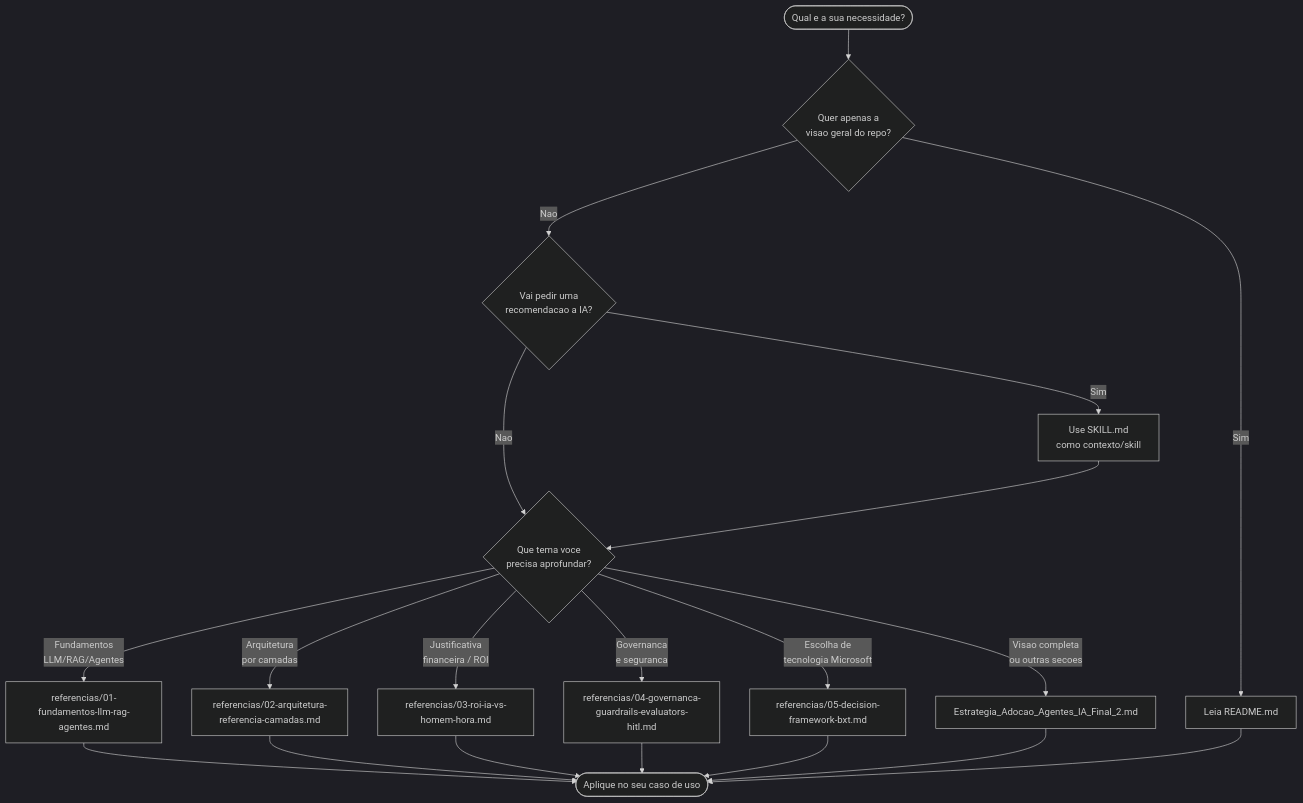
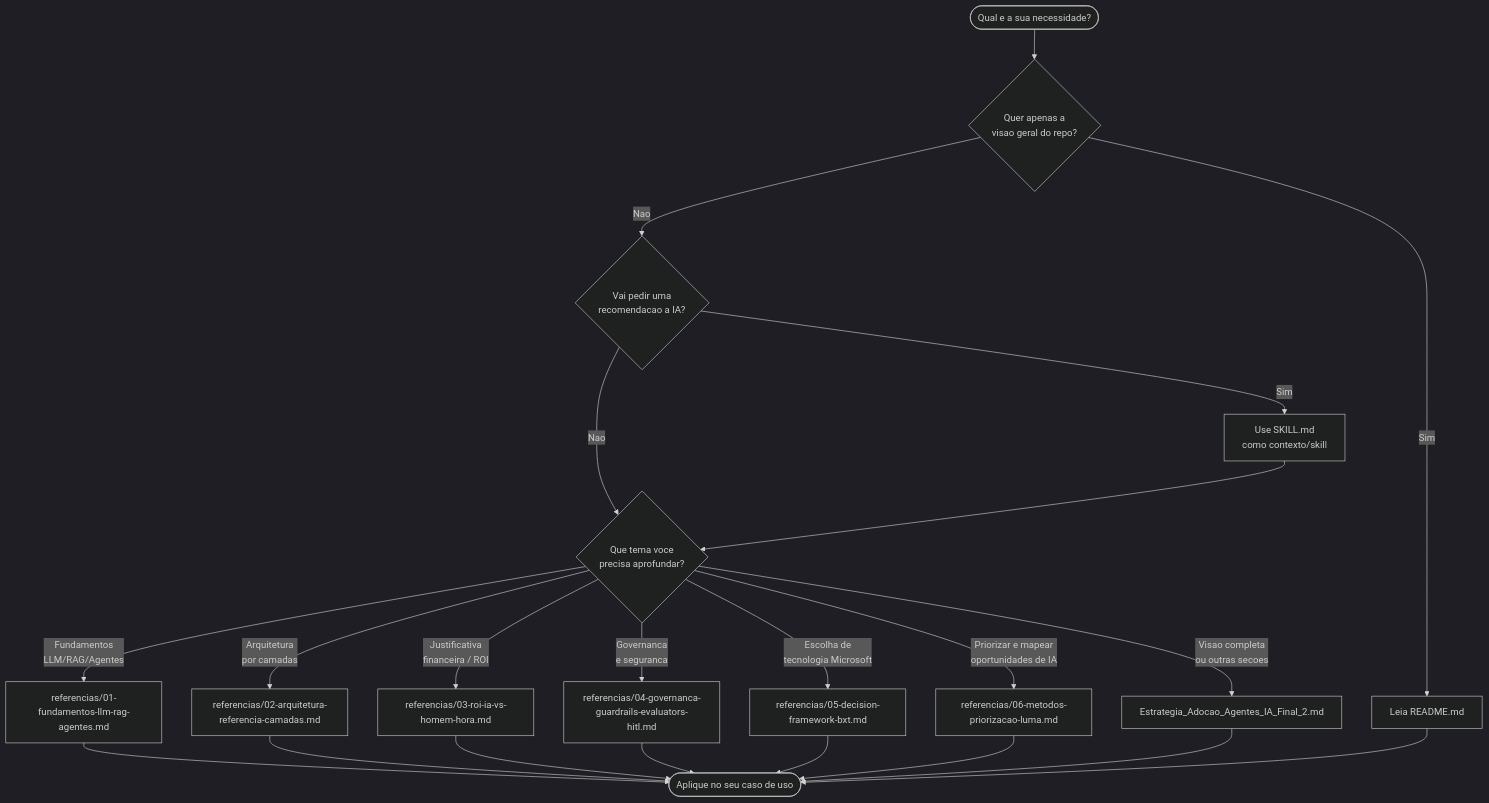
The second of 2 diagrams in README.md (fabioharams/hubsp-ai-skill), drawn with Mermaid (dark theme) before and after one commit. The commit also changed other lines of this file and 2 other files, not shown here.

Commit message:
incluindo adendo sobre uso do LUMA

````diff
--- a/README.md
+++ b/README.md
@@ -63,26 +65,28 @@
 ```mermaid
 flowchart TD
     START([Qual e a sua necessidade?]) --> Q1{Quer apenas a<br/>visao geral do repo?}
     Q1 -- Sim --> README[Leia README.md]
     Q1 -- Nao --> Q2{Vai pedir uma<br/>recomendacao a IA?}
 
     Q2 -- Sim --> SKILL[Use SKILL.md<br/>como contexto/skill]
     Q2 -- Nao --> Q3{Que tema voce<br/>precisa aprofundar?}
 
     SKILL --> Q3
 
     Q3 -- Fundamentos<br/>LLM/RAG/Agentes --> R1[referencias/01-fundamentos-llm-rag-agentes.md]
     Q3 -- Arquitetura<br/>por camadas --> R2[referencias/02-arquitetura-referencia-camadas.md]
     Q3 -- Justificativa<br/>financeira / ROI --> R3[referencias/03-roi-ia-vs-homem-hora.md]
     Q3 -- Governanca<br/>e seguranca --> R4[referencias/04-governanca-guardrails-evaluators-hitl.md]
     Q3 -- Escolha de<br/>tecnologia Microsoft --> R5[referencias/05-decision-framework-bxt.md]
+    Q3 -- Priorizar e mapear<br/>oportunidades de IA --> R6[referencias/06-metodos-priorizacao-luma.md]
     Q3 -- Visao completa<br/>ou outras secoes --> CANON[Estrategia_Adocao_Agentes_IA_Final_2.md]
 
     R1 --> END([Aplique no seu caso de uso])
     R2 --> END
     R3 --> END
     R4 --> END
     R5 --> END
+    R6 --> END
     CANON --> END
     README --> END
 ```
````
